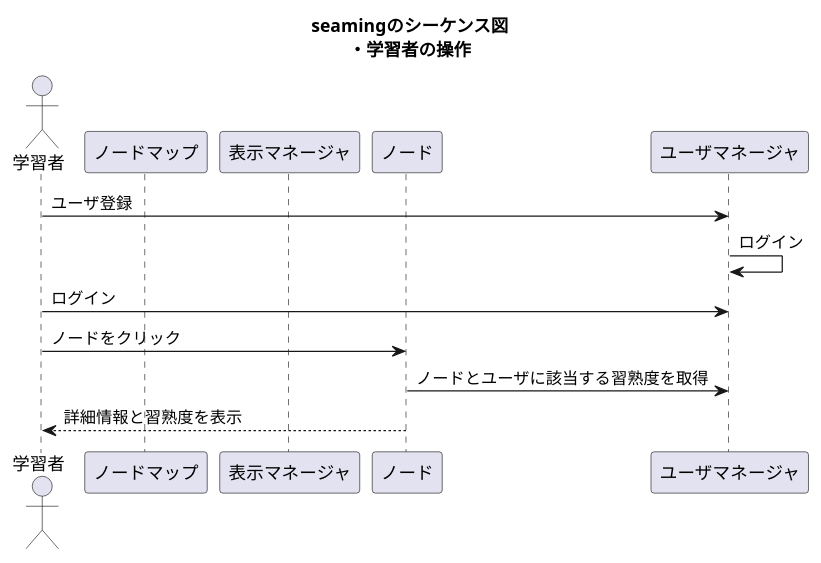
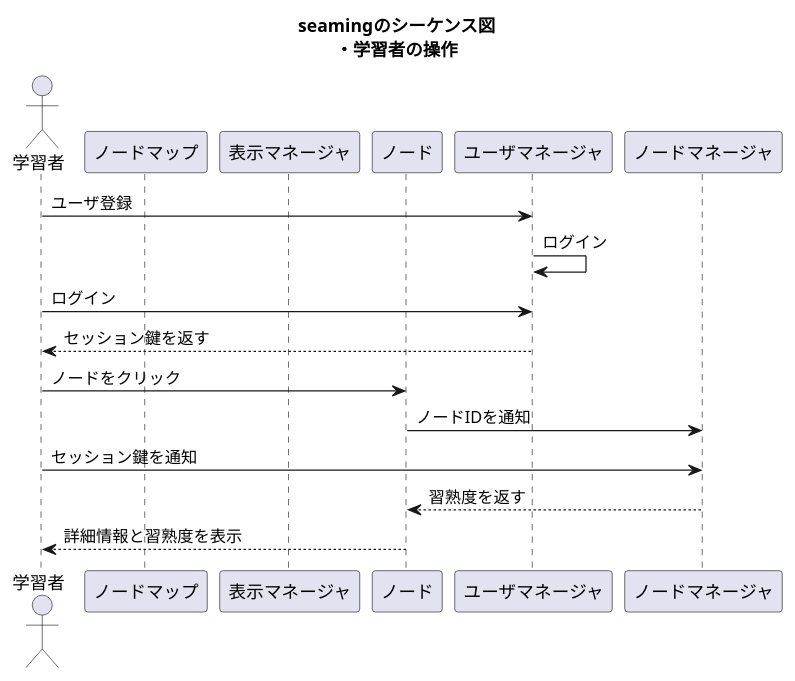
The diagram in docs/UML/sequence_student.pu (PastaSoba/seaming), drawn with PlantUML before and after one commit.

Commit message:
ノードマネージャとその役割を追加した

```diff
--- a/docs/UML/sequence_student.pu
+++ b/docs/UML/sequence_student.pu
@@ -1,20 +1,24 @@
 @startuml
 
 title seamingのシーケンス図\n・学習者の操作
 
 
 actor 学習者 
 
 participant 学習者 order 10
 participant ノードマップ order 20
 participant 表示マネージャ order 30
 participant ノード order 40
 participant ユーザマネージャ order 50
+participant ノードマネージャ order 60
 
 学習者 -> ユーザマネージャ : ユーザ登録
 ユーザマネージャ -> ユーザマネージャ : ログイン
 学習者 -> ユーザマネージャ : ログイン
+学習者 <-- ユーザマネージャ : セッション鍵を返す
 学習者 -> ノード : ノードをクリック
-ノード -> ユーザマネージャ : ノードとユーザに該当する習熟度を取得
+ノード -> ノードマネージャ : ノードIDを通知
+学習者 -> ノードマネージャ : セッション鍵を通知
+ノード <-- ノードマネージャ : 習熟度を返す
 学習者 <-- ノード : 詳細情報と習熟度を表示
 @enduml
```
